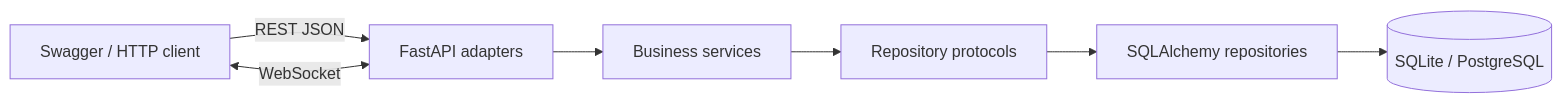
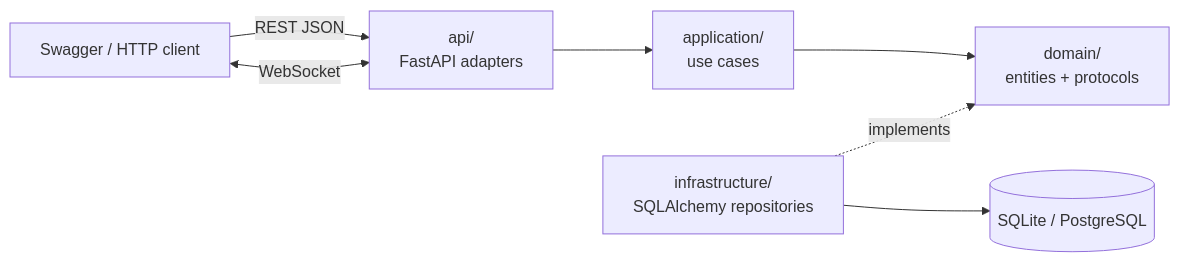
Before and after one commit to vietsosad/Vinfast_Digital_Showroom: the diagram in docs/architecture_diagram.md, drawn with Mermaid. The commit also changed other lines of this file and 10 other files, not shown here.

````diff
--- a/docs/architecture_diagram.md
+++ b/docs/architecture_diagram.md
@@ -5,9 +5,9 @@
 ```mermaid
 flowchart LR
-    Client[Swagger / HTTP client] -->|REST JSON| API[FastAPI adapters]
+    Client[Swagger / HTTP client] -->|REST JSON| API[api/<br/>FastAPI adapters]
     Client <-->|WebSocket| API
-    API --> SVC[Business services]
-    SVC --> PORT[Repository protocols]
-    PORT --> REPO[SQLAlchemy repositories]
-    REPO --> DB[(SQLite / PostgreSQL)]
+    API --> APP[application/<br/>use cases]
+    APP --> DOMAIN[domain/<br/>entities + protocols]
+    INFRA[infrastructure/<br/>SQLAlchemy repositories] -. implements .-> DOMAIN
+    INFRA --> DB[(SQLite / PostgreSQL)]
 ```
````
